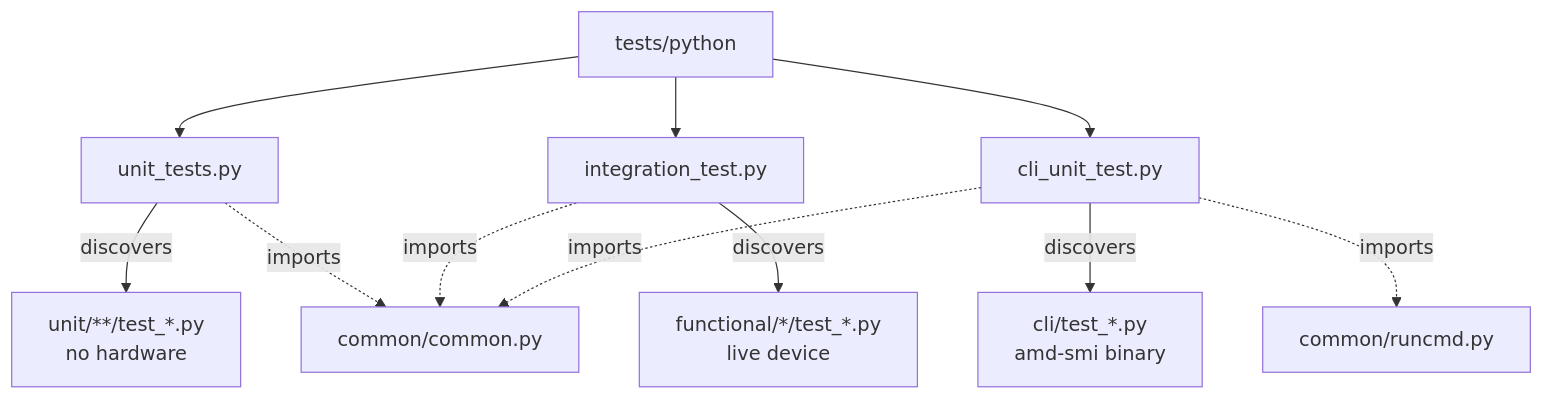
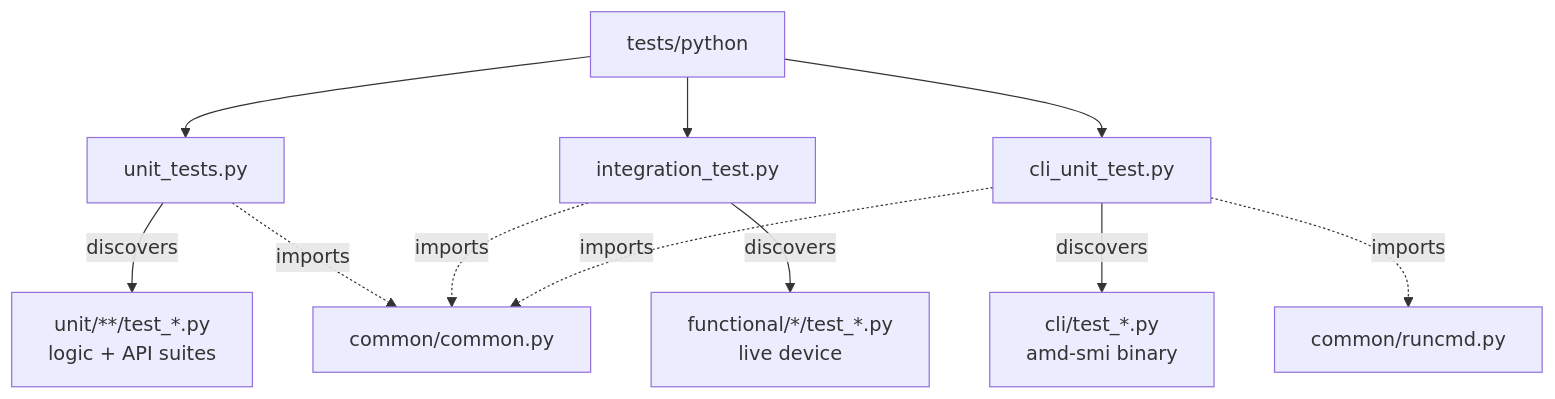
Before and after one commit to ROCm/rocm-systems: the first of 4 diagrams in projects/amdsmi/tests/python/README.md, drawn with Mermaid. The commit also changed other lines of this file and 2 other files, not shown here.

First line of the commit message:
docs(amdsmi): describe the unit API tier and its known failures

````diff
--- a/projects/amdsmi/tests/python/README.md
+++ b/projects/amdsmi/tests/python/README.md
@@ -49,13 +51,13 @@
 ```mermaid
 graph TD
     A[tests/python] --> U[unit_tests.py]
     A --> I[integration_test.py]
     A --> C[cli_unit_test.py]
-    U -->|discovers| UU[unit/**/test_*.py<br/>no hardware]
+    U -->|discovers| UU[unit/**/test_*.py<br/>logic + API suites]
     I -->|discovers| FF[functional/*/test_*.py<br/>live device]
     C -->|discovers| CC[cli/test_*.py<br/>amd-smi binary]
     U -.imports.-> CM[common/common.py]
     I -.imports.-> CM
     C -.imports.-> CM
     C -.imports.-> RC[common/runcmd.py]
 ```
````
